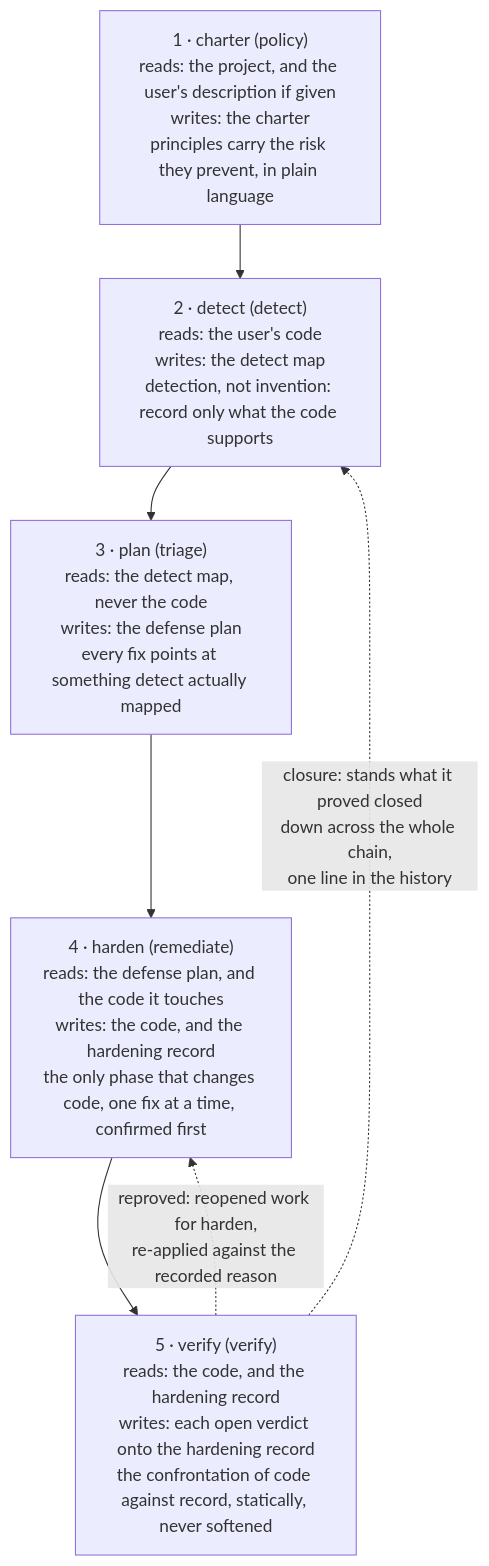
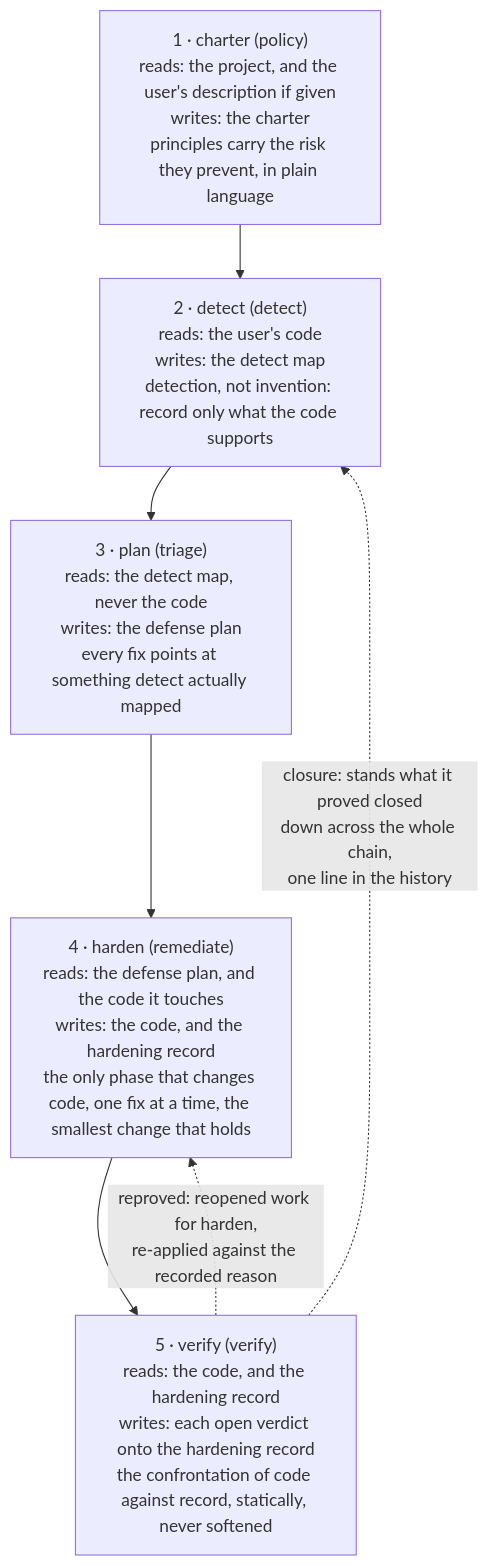
The first of 7 diagrams in website/src/content/PAPER.mdx (wellwelwel/lagune), drawn with Mermaid before and after one commit. The commit also changed other lines of this file and 4 other files, not shown here.

````diff
--- a/website/src/content/PAPER.mdx
+++ b/website/src/content/PAPER.mdx
@@ -111,11 +111,11 @@
 ```mermaid
 flowchart TB
     charter["1 · charter (policy)<br/>reads: the project, and the user's description if given<br/>writes: the charter<br/>principles carry the risk they prevent, in plain language"]
     detect["2 · detect (detect)<br/>reads: the user's code<br/>writes: the detect map<br/>detection, not invention: record only what the code supports"]
     plan["3 · plan (triage)<br/>reads: the detect map, never the code<br/>writes: the defense plan<br/>every fix points at something detect actually mapped"]
-    harden["4 · harden (remediate)<br/>reads: the defense plan, and the code it touches<br/>writes: the code, and the hardening record<br/>the only phase that changes code, one fix at a time, confirmed first"]
+    harden["4 · harden (remediate)<br/>reads: the defense plan, and the code it touches<br/>writes: the code, and the hardening record<br/>the only phase that changes code, one fix at a time, the smallest change that holds"]
     verify["5 · verify (verify)<br/>reads: the code, and the hardening record<br/>writes: each open verdict onto the hardening record<br/>the confrontation of code against record, statically, never softened"]
     charter --> detect --> plan --> harden --> verify
     verify -.->|"reproved: reopened work for harden,<br/>re-applied against the recorded reason"| harden
     verify -.->|"closure: stands what it proved closed<br/>down across the whole chain,<br/>one line in the history"| detect
 ```
````
